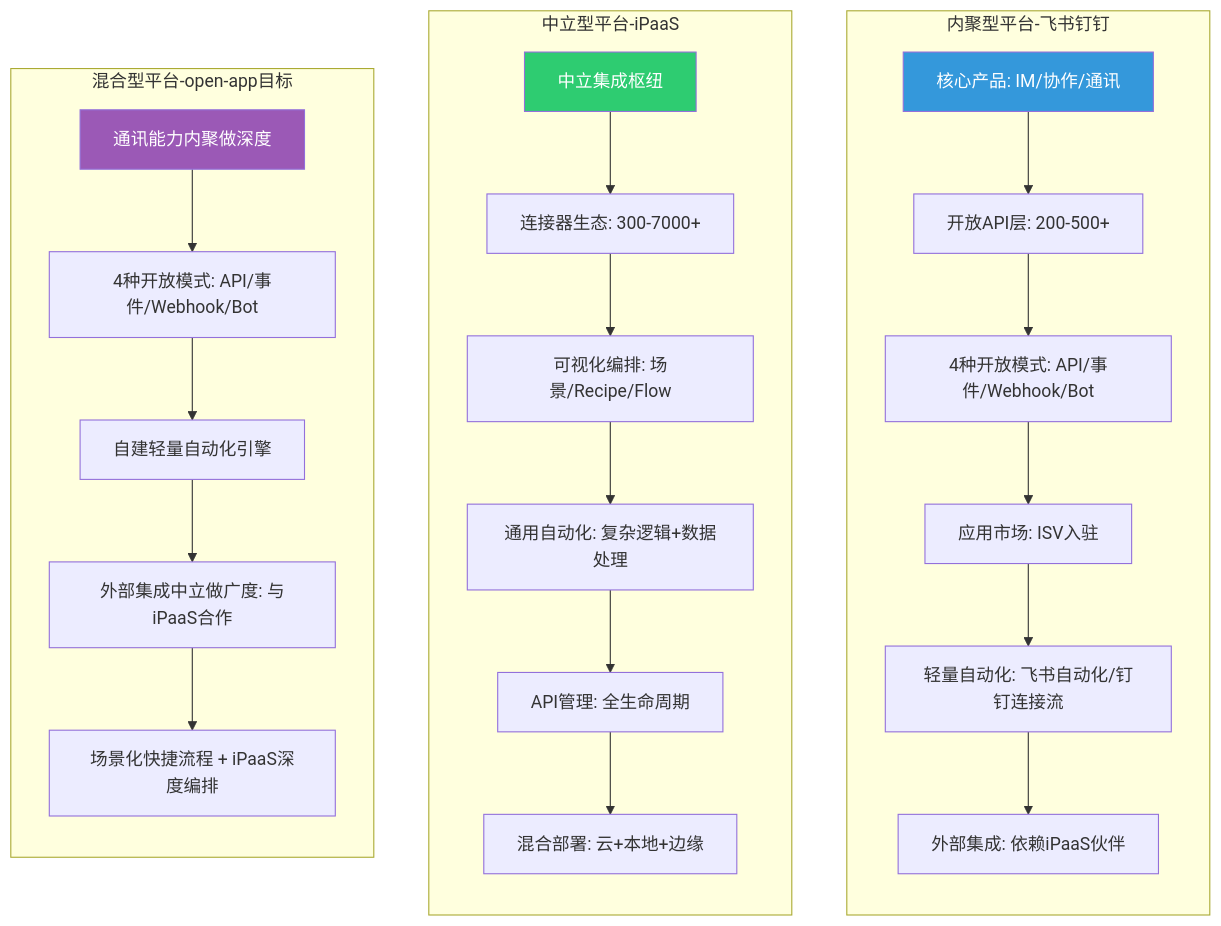
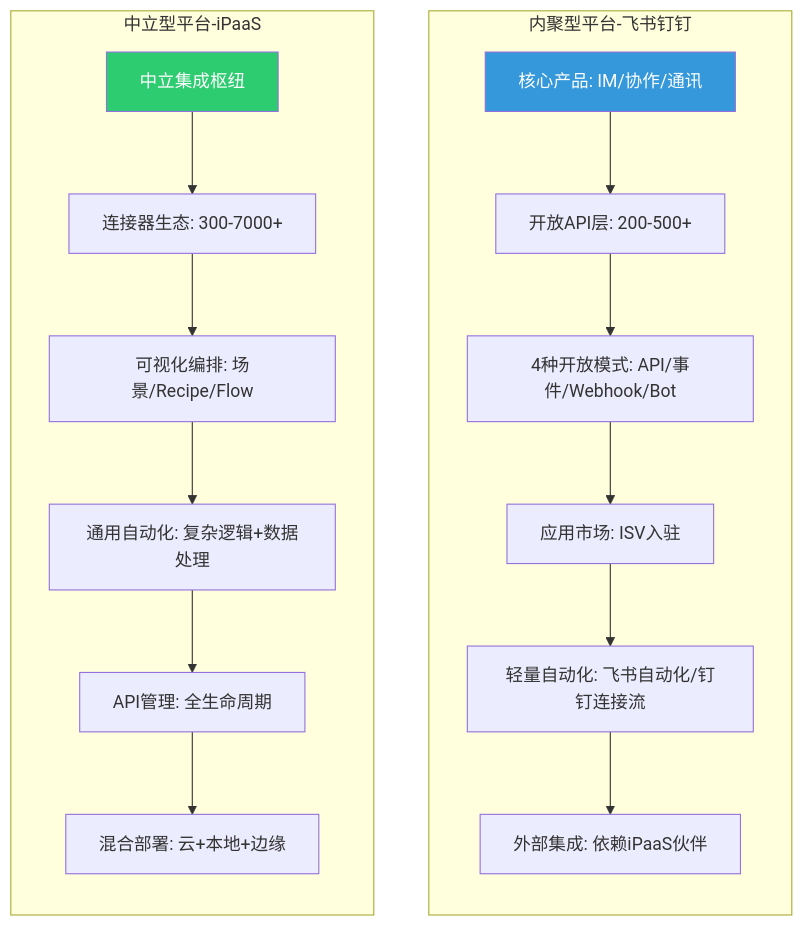
One commit to THZSummer/open-app changed the second of 5 diagrams in docs/software-connector-platform-research/软件连接器平台汇总对比调研报告.md. Above: the diagram before and after it, drawn with Mermaid. The commit also changed other lines of this file, not shown here.

````diff
--- a/docs/software-connector-platform-research/软件连接器平台汇总对比调研报告.md
+++ b/docs/software-connector-platform-research/软件连接器平台汇总对比调研报告.md
@@ -471,32 +376,23 @@
 ```mermaid
 graph TB
     subgraph 内聚型平台-飞书钉钉
     direction TB
     C1[核心产品: IM/协作/通讯] --> C2[开放API层: 200-500+]
     C2 --> C3[4种开放模式: API/事件/Webhook/Bot]
     C3 --> C4[应用市场: ISV入驻]
     C4 --> C5[轻量自动化: 飞书自动化/钉钉连接流]
     C5 --> C6[外部集成: 依赖iPaaS伙伴]
     end
     
     subgraph 中立型平台-iPaaS
     direction TB
     N1[中立集成枢纽] --> N2[连接器生态: 300-7000+]
     N2 --> N3[可视化编排: 场景/Recipe/Flow]
     N3 --> N4[通用自动化: 复杂逻辑+数据处理]
     N4 --> N5[API管理: 全生命周期]
     N5 --> N6[混合部署: 云+本地+边缘]
     end
     
-    subgraph 混合型平台-open-app目标
-    direction TB
-    H1[通讯能力内聚做深度] --> H2[4种开放模式: API/事件/Webhook/Bot]
-    H2 --> H3[自建轻量自动化引擎]
-    H3 --> H4[外部集成中立做广度: 与iPaaS合作]
-    H4 --> H5[场景化快捷流程 + iPaaS深度编排]
-    end
-    
     style C1 fill:#3498db,color:#fff
     style N1 fill:#2ecc71,color:#fff
-    style H1 fill:#9b59b6,color:#fff
 ```
````
